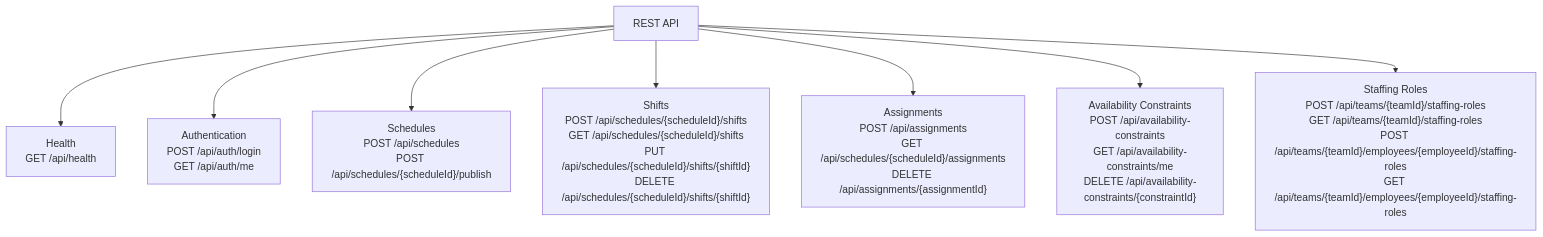
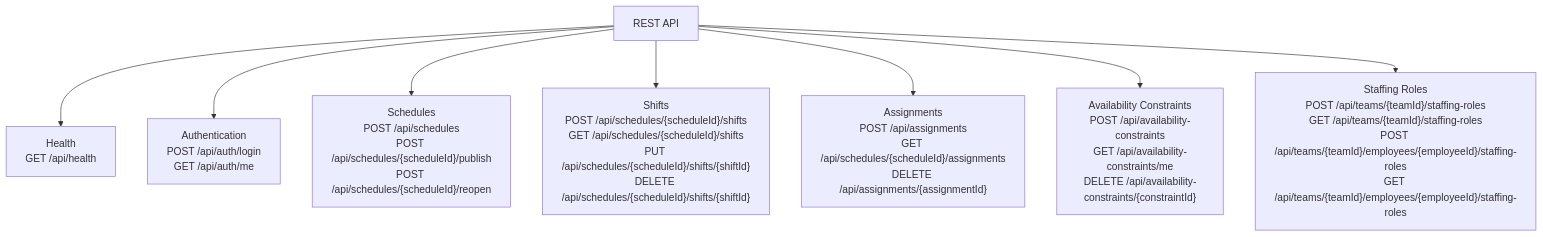
The fifth of 11 diagrams in docs/current-backend-architecture.md (HiliMor/shift-management-system), drawn with Mermaid before and after one commit. The commit also changed other lines of this file and 8 other files, not shown here.

Commit message:
Add schedule reopen endpoint

````diff
--- a/docs/current-backend-architecture.md
+++ b/docs/current-backend-architecture.md
@@ -201,20 +201,20 @@
 ```mermaid
 flowchart TD
     api["REST API"]
 
     healthApi["Health<br/>GET /api/health"]
     authApi["Authentication<br/>POST /api/auth/login<br/>GET /api/auth/me"]
-    schedulesApi["Schedules<br/>POST /api/schedules<br/>POST /api/schedules/{scheduleId}/publish"]
+    schedulesApi["Schedules<br/>POST /api/schedules<br/>POST /api/schedules/{scheduleId}/publish<br/>POST /api/schedules/{scheduleId}/reopen"]
     shiftsApi["Shifts<br/>POST /api/schedules/{scheduleId}/shifts<br/>GET /api/schedules/{scheduleId}/shifts<br/>PUT /api/schedules/{scheduleId}/shifts/{shiftId}<br/>DELETE /api/schedules/{scheduleId}/shifts/{shiftId}"]
     assignmentsApi["Assignments<br/>POST /api/assignments<br/>GET /api/schedules/{scheduleId}/assignments<br/>DELETE /api/assignments/{assignmentId}"]
     availabilityApi["Availability Constraints<br/>POST /api/availability-constraints<br/>GET /api/availability-constraints/me<br/>DELETE /api/availability-constraints/{constraintId}"]
     staffingApi["Staffing Roles<br/>POST /api/teams/{teamId}/staffing-roles<br/>GET /api/teams/{teamId}/staffing-roles<br/>POST /api/teams/{teamId}/employees/{employeeId}/staffing-roles<br/>GET /api/teams/{teamId}/employees/{employeeId}/staffing-roles"]
 
     api --> healthApi
     api --> authApi
     api --> schedulesApi
     api --> shiftsApi
     api --> assignmentsApi
     api --> availabilityApi
     api --> staffingApi
 ```
````
